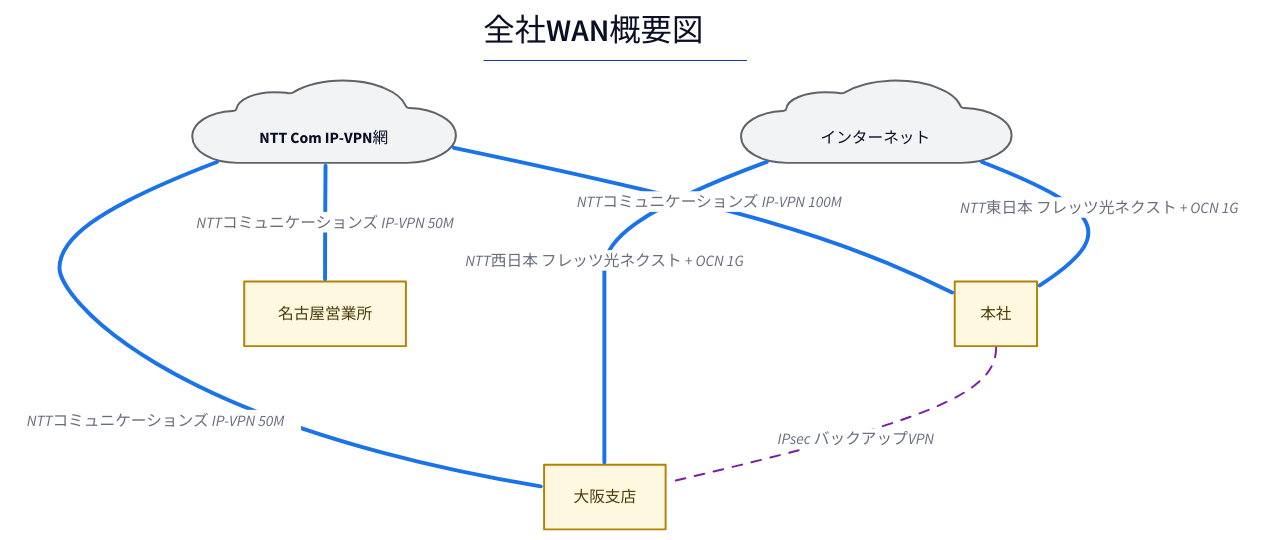
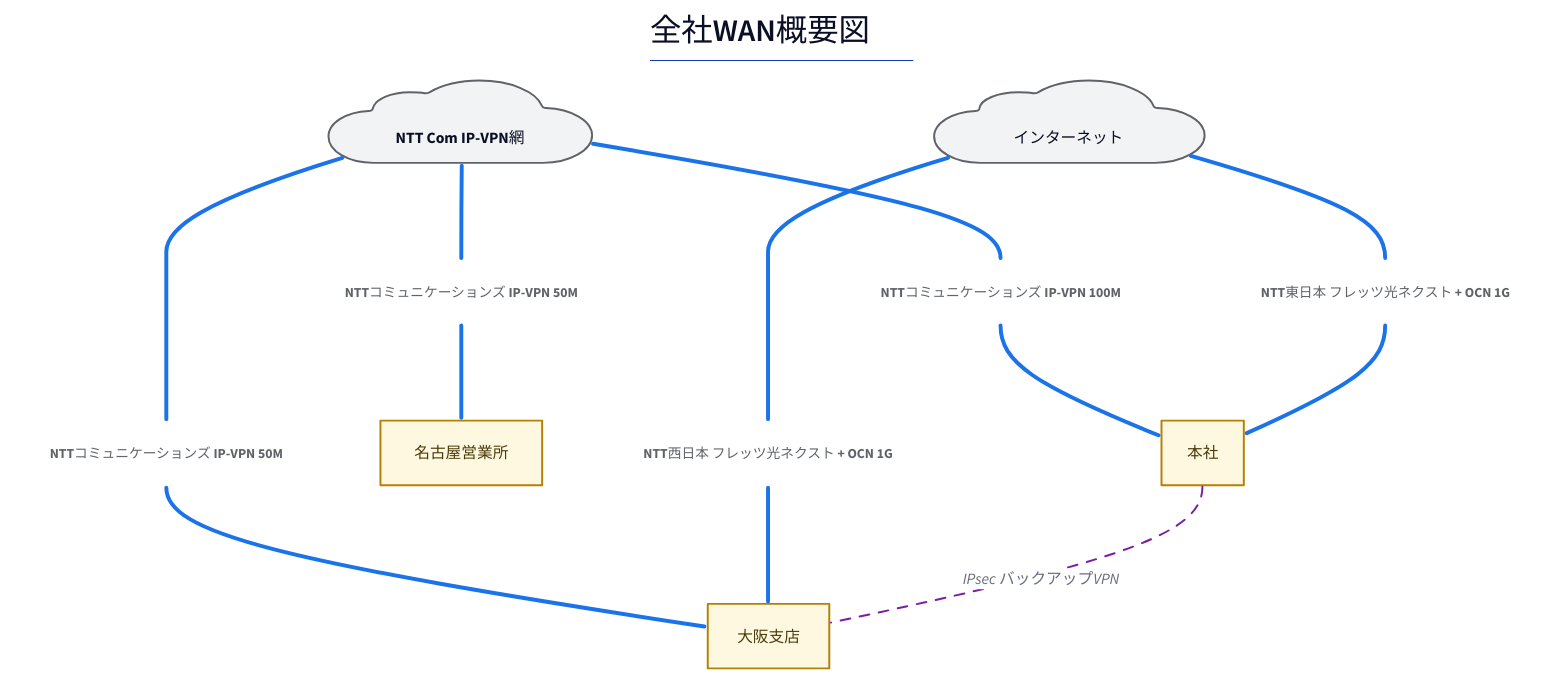
One commit to thinas1115/nwdsl changed the diagram in examples/sample-corp/generated/wan-overview.d2. Above: the diagram before and after it, drawn with D2. The commit also changed 25 other files, not shown here.

```diff
--- a/examples/sample-corp/generated/wan-overview.d2
+++ b/examples/sample-corp/generated/wan-overview.d2
@@ -1,33 +1,44 @@
 title: |md
   # 全社WAN概要図
 | {near: top-center}
 direction: down
 
 classes: {
   role-router: {style.fill: "#e8f0fe"; style.stroke: "#1a56b0"; style.font-color: "#1a2340"}
   role-l3switch: {style.fill: "#d2e3fc"; style.stroke: "#1a56b0"; style.font-color: "#1a2340"}
   role-l2switch: {style.fill: "#e6f4ea"; style.stroke: "#137333"; style.font-color: "#1a2e1f"}
   role-firewall: {style.fill: "#fce8e6"; style.stroke: "#c5221f"; style.font-color: "#3c1a19"}
   role-other: {style.fill: "#f1f3f4"; style.stroke: "#5f6368"; style.font-color: "#202124"}
   node-cloud: {shape: cloud; style.fill: "#f1f3f4"; style.stroke: "#5f6368"}
   node-site: {style.fill: "#fff8e1"; style.stroke: "#b58105"; style.font-color: "#4a3a08"}
   node-external: {style.fill: "#ffffff"; style.stroke: "#9aa0a6"; style.stroke-dash: 3}
   group-site: {style.fill: "#f7f9fc"; style.stroke: "#8fa8c4"; style.font-color: "#33475b"}
+  edge-label: {style.fill: "transparent"; style.stroke: "transparent"; style.font-size: 14; style.font-color: "#5f6368"; style.italic: true}
   edge-lan-cable: {style.stroke: "#4a4a4a"; style.stroke-width: 2}
   edge-wan-circuit: {style.stroke: "#1a73e8"; style.stroke-width: 4}
   edge-tunnel: {style.stroke: "#7b1fa2"; style.stroke-width: 2; style.stroke-dash: 5}
   edge-logical: {style.stroke: "#188038"; style.stroke-width: 2; style.stroke-dash: 3}
 }
 
 n_site__hq: "本社" {class: node-site}
 n_cloud__ipvpn: "　NTT Com IP-VPN網　" {class: node-cloud}
 n_site__osk: "大阪支店" {class: node-site}
 n_site__ngy: "名古屋営業所" {class: node-site}
 n_cloud__internet: "　インターネット　" {class: node-cloud}
 
-n_cloud__ipvpn -- n_site__hq: "NTTコミュニケーションズ IP-VPN 100M" {class: edge-wan-circuit}
-n_cloud__ipvpn -- n_site__osk: "NTTコミュニケーションズ IP-VPN 50M" {class: edge-wan-circuit}
-n_cloud__ipvpn -- n_site__ngy: "NTTコミュニケーションズ IP-VPN 50M" {class: edge-wan-circuit}
-n_cloud__internet -- n_site__hq: "NTT東日本 フレッツ光ネクスト + OCN 1G" {class: edge-wan-circuit}
-n_cloud__internet -- n_site__osk: "NTT西日本 フレッツ光ネクスト + OCN 1G" {class: edge-wan-circuit}
+lbl_0: "NTTコミュニケーションズ IP-VPN 100M" {class: edge-label}
+n_cloud__ipvpn -- lbl_0 {class: edge-wan-circuit}
+lbl_0 -- n_site__hq {class: edge-wan-circuit}
+lbl_1: "NTTコミュニケーションズ IP-VPN 50M" {class: edge-label}
+n_cloud__ipvpn -- lbl_1 {class: edge-wan-circuit}
+lbl_1 -- n_site__osk {class: edge-wan-circuit}
+lbl_2: "NTTコミュニケーションズ IP-VPN 50M" {class: edge-label}
+n_cloud__ipvpn -- lbl_2 {class: edge-wan-circuit}
+lbl_2 -- n_site__ngy {class: edge-wan-circuit}
+lbl_3: "NTT東日本 フレッツ光ネクスト + OCN 1G" {class: edge-label}
+n_cloud__internet -- lbl_3 {class: edge-wan-circuit}
+lbl_3 -- n_site__hq {class: edge-wan-circuit}
+lbl_4: "NTT西日本 フレッツ光ネクスト + OCN 1G" {class: edge-label}
+n_cloud__internet -- lbl_4 {class: edge-wan-circuit}
+lbl_4 -- n_site__osk {class: edge-wan-circuit}
 n_site__hq -- n_site__osk: "IPsec バックアップVPN" {class: edge-tunnel}
```
